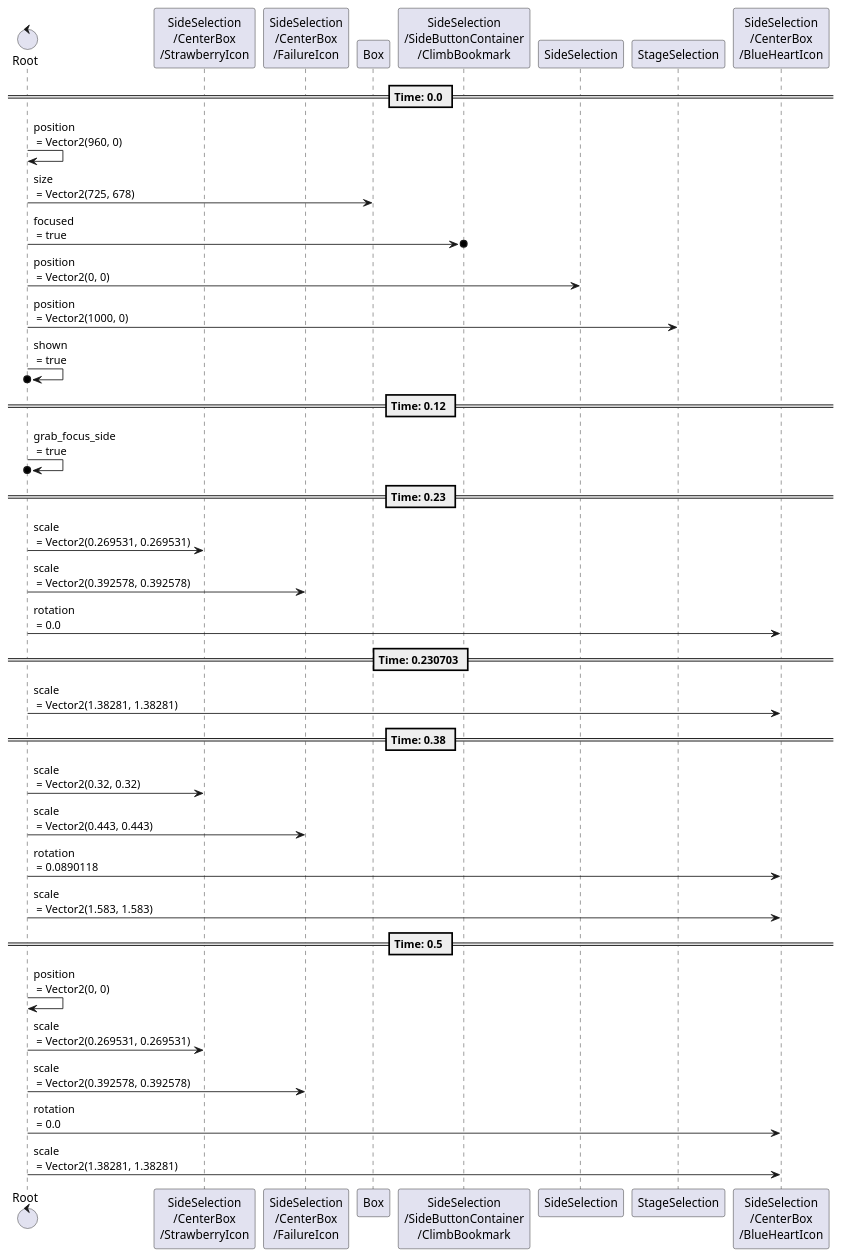
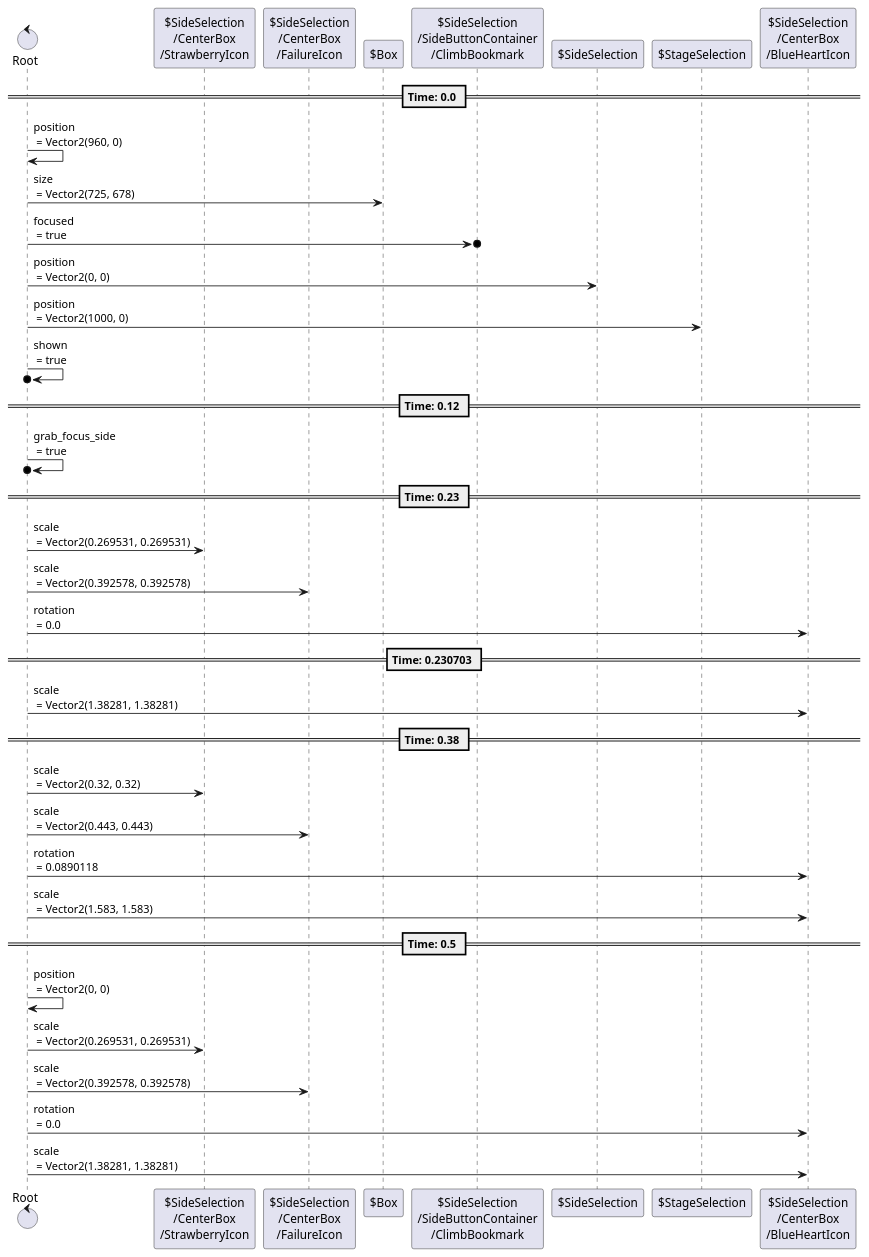
Before and after one commit to tkmfujise/Platformer-Game-Learning: the sixth of 6 diagrams in content/scenes/src/beginning/chapters/menu/menu.tscn.adoc, drawn with PlantUML. The commit also changed other lines of this file and 31 other files, not shown here.

Commit message:
Add prefix $ to node name in animation sequences

```diff
--- a/content/scenes/src/beginning/chapters/menu/menu.tscn.adoc
+++ b/content/scenes/src/beginning/chapters/menu/menu.tscn.adoc
@@ -481,42 +481,42 @@
 [plantuml]
 ....
-control "Root" as Root
-participant "SideSelection\n/CenterBox\n/StrawberryIcon" as T1
-participant "SideSelection\n/CenterBox\n/FailureIcon" as T2
-participant "Box" as T3
-participant "SideSelection\n/SideButtonContainer\n/ClimbBookmark" as T4
-participant "SideSelection" as T6
-participant "StageSelection" as T7
-participant "SideSelection\n/CenterBox\n/BlueHeartIcon" as T9
+control "Root" as R
+participant "$SideSelection\n/CenterBox\n/StrawberryIcon" as T1
+participant "$SideSelection\n/CenterBox\n/FailureIcon" as T2
+participant "$Box" as T3
+participant "$SideSelection\n/SideButtonContainer\n/ClimbBookmark" as T4
+participant "$SideSelection" as T6
+participant "$StageSelection" as T7
+participant "$SideSelection\n/CenterBox\n/BlueHeartIcon" as T9
 
 
 
 == Time: 0.0 ==
-Root  ->  Root : position\n = Vector2(960, 0)
-Root  ->  T3 : size\n = Vector2(725, 678)
-Root  ->o  T4 : focused\n = true
-Root  ->  T6 : position\n = Vector2(0, 0)
-Root  ->  T7 : position\n = Vector2(1000, 0)
-Root  ->o  Root : shown\n = true
+R  ->  R : position\n = Vector2(960, 0)
+R  ->  T3 : size\n = Vector2(725, 678)
+R  ->o  T4 : focused\n = true
+R  ->  T6 : position\n = Vector2(0, 0)
+R  ->  T7 : position\n = Vector2(1000, 0)
+R  ->o  R : shown\n = true
 == Time: 0.12 ==
-Root  ->o  Root : grab_focus_side\n = true
+R  ->o  R : grab_focus_side\n = true
 == Time: 0.23 ==
-Root  ->  T1 : scale\n = Vector2(0.269531, 0.269531)
-Root  ->  T2 : scale\n = Vector2(0.392578, 0.392578)
-Root  ->  T9 : rotation\n = 0.0
+R  ->  T1 : scale\n = Vector2(0.269531, 0.269531)
+R  ->  T2 : scale\n = Vector2(0.392578, 0.392578)
+R  ->  T9 : rotation\n = 0.0
 == Time: 0.230703 ==
-Root  ->  T9 : scale\n = Vector2(1.38281, 1.38281)
+R  ->  T9 : scale\n = Vector2(1.38281, 1.38281)
 == Time: 0.38 ==
-Root  ->  T1 : scale\n = Vector2(0.32, 0.32)
-Root  ->  T2 : scale\n = Vector2(0.443, 0.443)
-Root  ->  T9 : rotation\n = 0.0890118
-Root  ->  T9 : scale\n = Vector2(1.583, 1.583)
+R  ->  T1 : scale\n = Vector2(0.32, 0.32)
+R  ->  T2 : scale\n = Vector2(0.443, 0.443)
+R  ->  T9 : rotation\n = 0.0890118
+R  ->  T9 : scale\n = Vector2(1.583, 1.583)
 == Time: 0.5 ==
-Root  ->  Root : position\n = Vector2(0, 0)
-Root  ->  T1 : scale\n = Vector2(0.269531, 0.269531)
-Root  ->  T2 : scale\n = Vector2(0.392578, 0.392578)
-Root  ->  T9 : rotation\n = 0.0
-Root  ->  T9 : scale\n = Vector2(1.38281, 1.38281)
+R  ->  R : position\n = Vector2(0, 0)
+R  ->  T1 : scale\n = Vector2(0.269531, 0.269531)
+R  ->  T2 : scale\n = Vector2(0.392578, 0.392578)
+R  ->  T9 : rotation\n = 0.0
+R  ->  T9 : scale\n = Vector2(1.38281, 1.38281)
 
 
 ....
```
